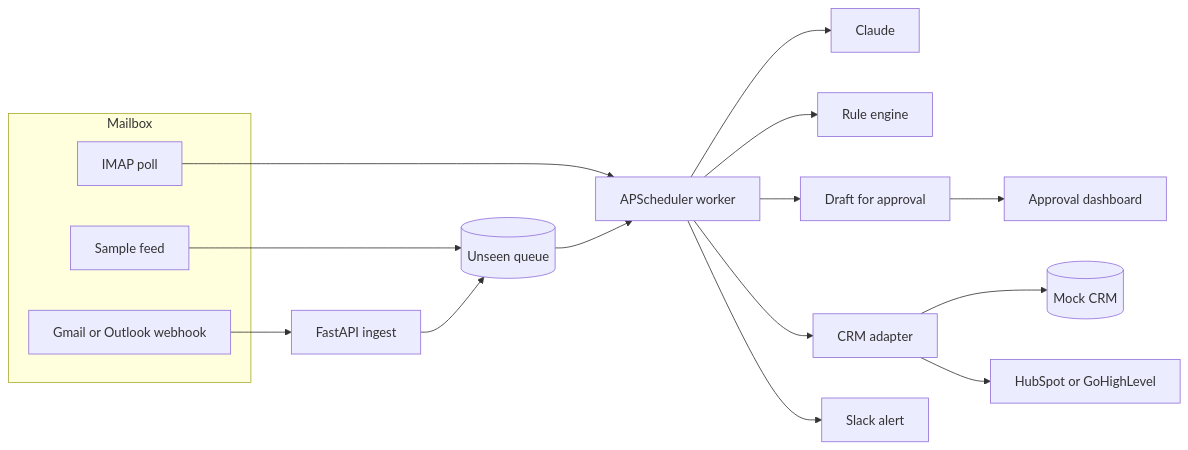
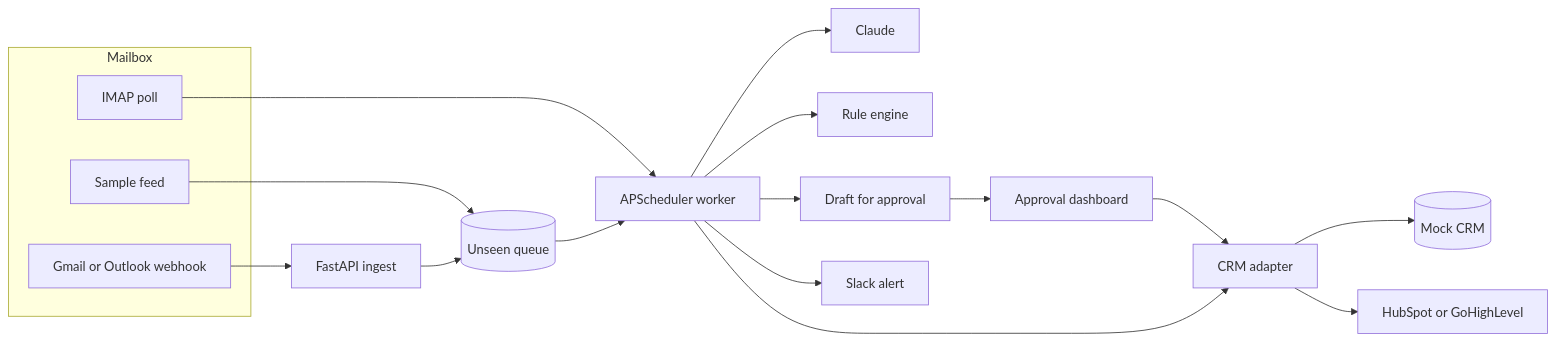
Before and after one commit to asadurrehmandev/ai-inbox-triage-crm: the diagram in README.md, drawn with Mermaid. The commit also changed other lines of this file and 22 other files, not shown here.

````diff
--- a/README.md
+++ b/README.md
@@ -30,33 +30,34 @@
 ```mermaid
 flowchart LR
   subgraph mail [Mailbox]
     Gmail[Gmail or Outlook webhook]
     Imap[IMAP poll]
     Mock[Sample feed]
   end
 
   Hook[FastAPI ingest]
   Queue[(Unseen queue)]
   Worker[APScheduler worker]
   Claude[Claude]
   Rules[Rule engine]
   Draft[Draft for approval]
   Adapter[CRM adapter]
   MockCrm[(Mock CRM)]
   Hub[HubSpot or GoHighLevel]
   Slack[Slack alert]
   Desk[Approval dashboard]
 
   Gmail --> Hook
   Imap --> Worker
   Mock --> Queue
   Hook --> Queue
   Queue --> Worker
   Worker --> Claude
   Worker --> Rules
   Worker --> Draft --> Desk
+  Desk --> Adapter
   Worker --> Adapter
   Adapter --> MockCrm
   Adapter --> Hub
   Worker --> Slack
 ```
````
